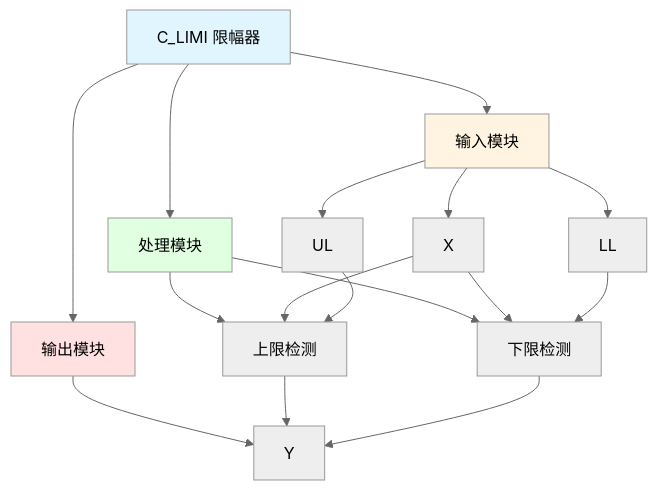
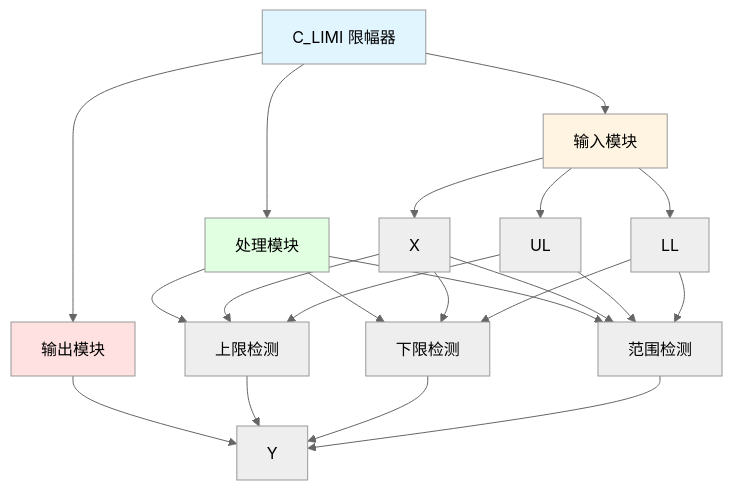
The diagram in C_LIMI_分析报告.md (dlgt6/c), drawn with Mermaid (neutral theme) before and after one commit. The commit also changed other lines of this file and 25 other files, not shown here.

````diff
--- a/C_LIMI_分析报告.md
+++ b/C_LIMI_分析报告.md
@@ -19,27 +19,32 @@
 ```mermaid
 graph TD
     A[C_LIMI 限幅器] --> B[输入模块]
     A --> C[处理模块]
     A --> D[输出模块]
     
     B --> B1[X]
     B --> B2[UL]
     B --> B3[LL]
     
     C --> C1[上限检测]
     C --> C2[下限检测]
+    C --> C3[范围检测]
     
     D --> D1[Y]
     
     B1 --> C1
     B2 --> C1
     C1 --> D1
     B1 --> C2
     B3 --> C2
     C2 --> D1
+    B1 --> C3
+    B2 --> C3
+    B3 --> C3
+    C3 --> D1
     
     style A fill:#e1f5ff
     style B fill:#fff4e1
     style C fill:#e1ffe1
     style D fill:#ffe1e1
 ```
````
